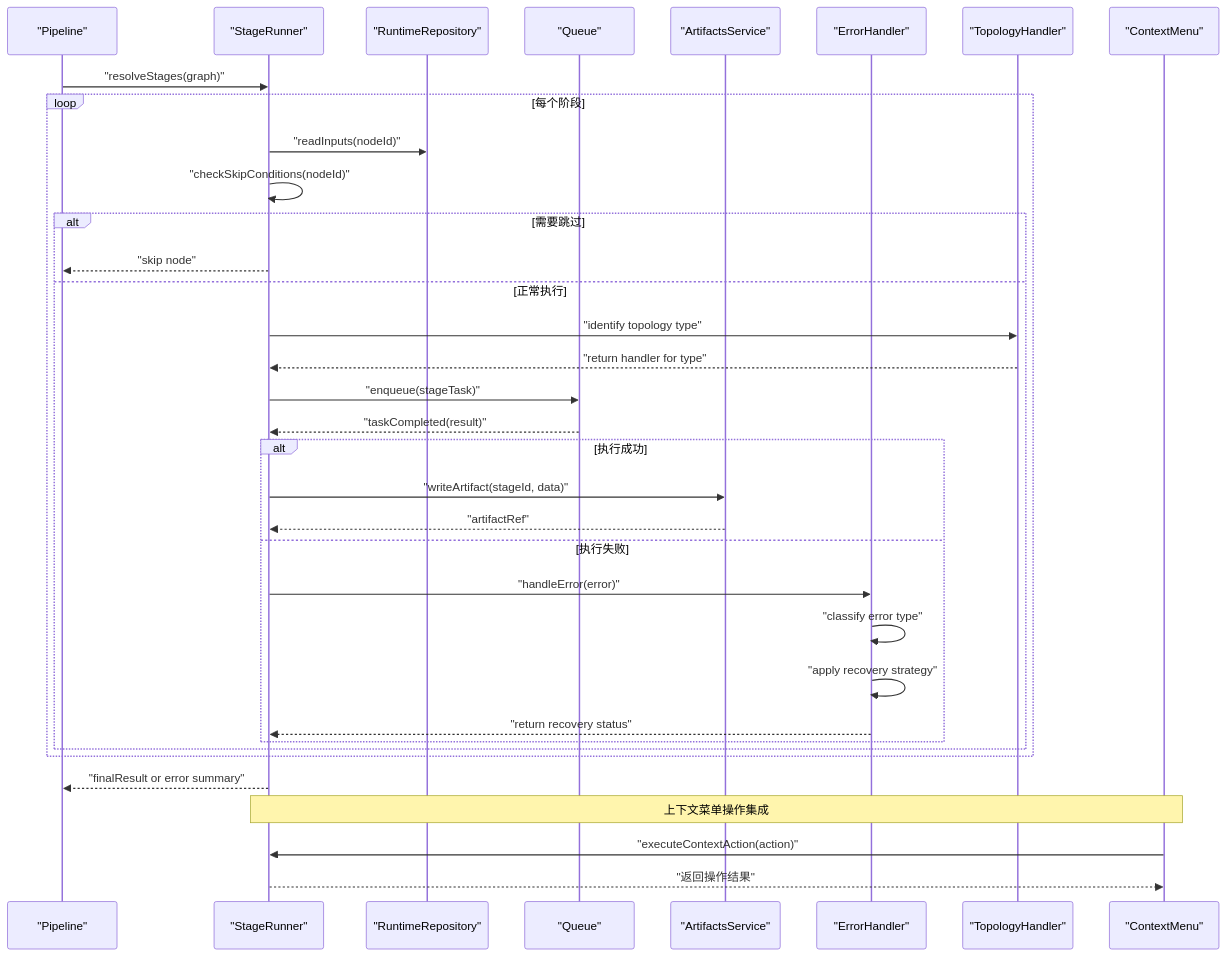
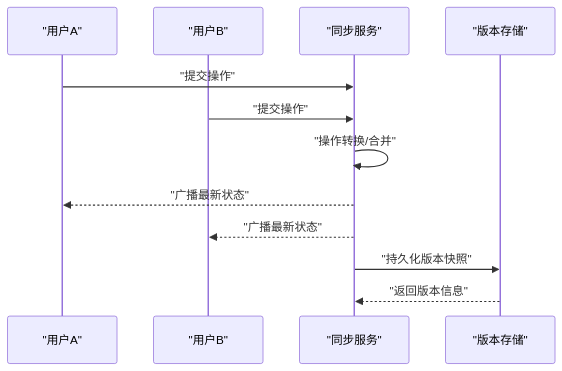
Before and after one commit to scottcwy/PurpleInk: the eighth of 11 diagrams in .qoder/repowiki/zh/content/画布编辑器/画布编辑器.md, drawn with Mermaid. The commit also changed other lines of this file and 872 other files, not shown here.

````diff
--- a/.qoder/repowiki/zh/content/画布编辑器/画布编辑器.md
+++ b/.qoder/repowiki/zh/content/画布编辑器/画布编辑器.md
@@ -691,37 +404,14 @@
 ```mermaid
 sequenceDiagram
-participant Pipeline as "Pipeline"
-participant Runner as "StageRunner"
-participant Repo as "RuntimeRepository"
-participant Queue as "Queue"
-participant Artifacts as "ArtifactsService"
-participant ErrorHandler as "ErrorHandler"
-participant TopologyHandler as "TopologyHandler"
-participant ContextMenu as "ContextMenu"
-Pipeline->>Runner : "resolveStages(graph)"
-loop 每个阶段
-Runner->>Repo : "readInputs(nodeId)"
-Runner->>Runner : "checkSkipConditions(nodeId)"
-alt 需要跳过
-Runner-->>Pipeline : "skip node"
-else 正常执行
-Runner->>TopologyHandler : "identify topology type"
-TopologyHandler-->>Runner : "return handler for type"
-Runner->>Queue : "enqueue(stageTask)"
-Queue-->>Runner : "taskCompleted(result)"
-alt 执行成功
-Runner->>Artifacts : "writeArtifact(stageId, data)"
-Artifacts-->>Runner : "artifactRef"
-else 执行失败
-Runner->>ErrorHandler : "handleError(error)"
-ErrorHandler->>ErrorHandler : "classify error type"
-ErrorHandler->>ErrorHandler : "apply recovery strategy"
-ErrorHandler-->>Runner : "return recovery status"
-end
-end
-end
-Runner-->>Pipeline : "finalResult or error summary"
-Note over Runner,ContextMenu : 上下文菜单操作集成
-ContextMenu->>Runner : "executeContextAction(action)"
-Runner-->>ContextMenu : "返回操作结果"
+participant A as "用户A"
+participant B as "用户B"
+participant Sync as "同步服务"
+participant Store as "版本存储"
+A->>Sync : "提交操作"
+B->>Sync : "提交操作"
+Sync->>Sync : "操作转换/合并"
+Sync-->>A : "广播最新状态"
+Sync-->>B : "广播最新状态"
+Sync->>Store : "持久化版本快照"
+Store-->>Sync : "返回版本信息"
 ```
````
